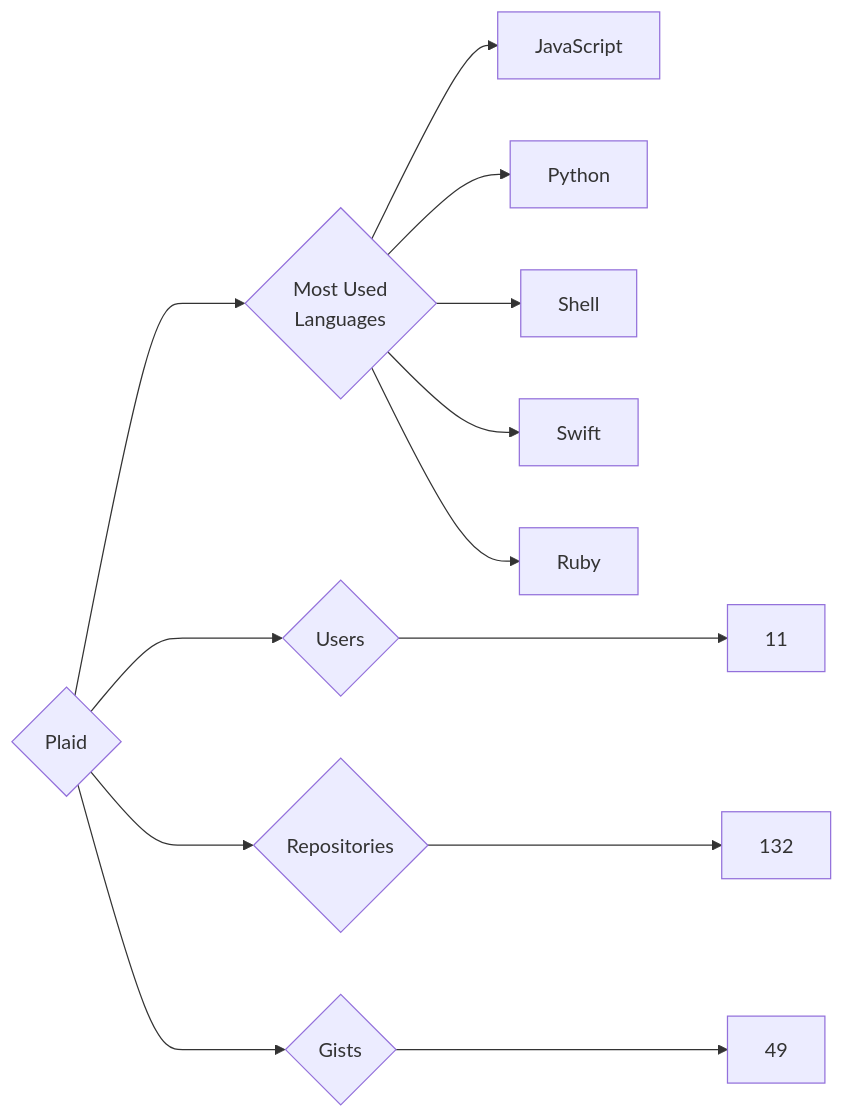
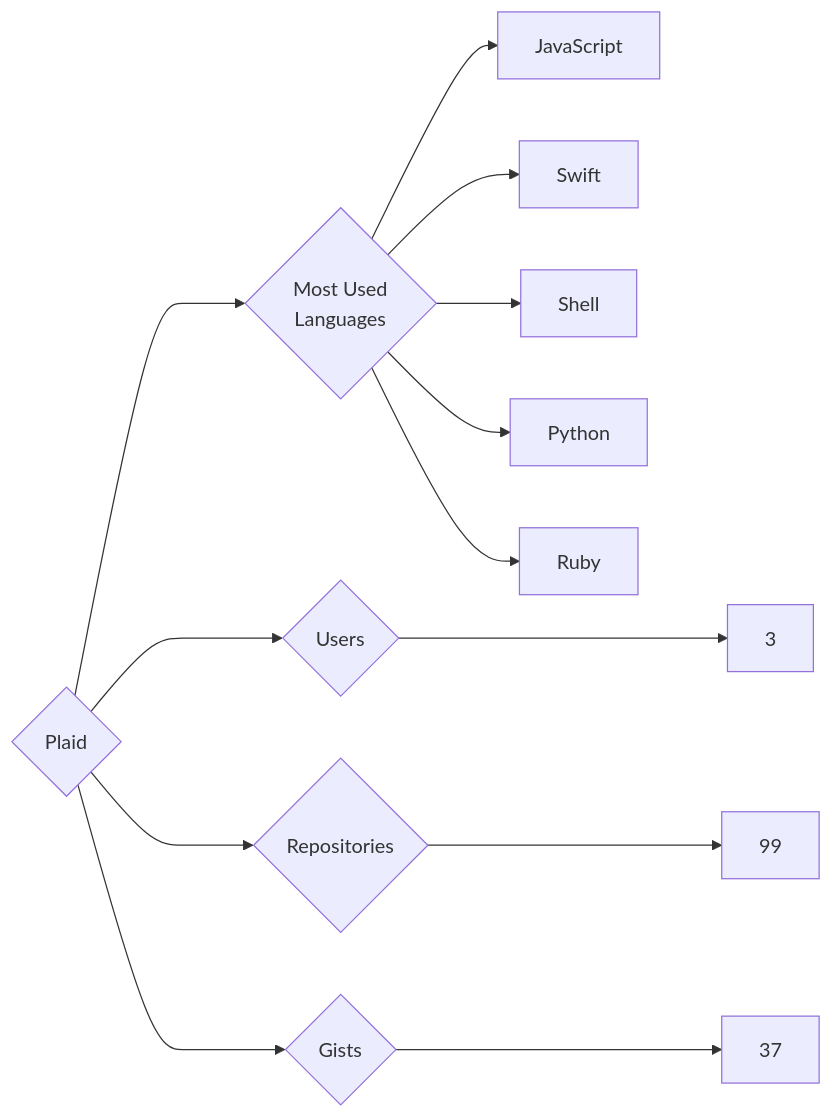
Before and after one commit to trickest/insiders: the diagram in targets/Plaid/README.md, drawn with Mermaid. The commit also changed 797 other files, not shown here.

````diff
--- a/targets/Plaid/README.md
+++ b/targets/Plaid/README.md
@@ -3,13 +3,13 @@
 ```mermaid
 graph LR
 COMPANY_NAME{Plaid}
-COMPANY_NAME ---> U{Users} ---> UN[11]
-COMPANY_NAME ---> R{Repositories} ---> RN[132]
-COMPANY_NAME ---> G{Gists} ---> GN[49]
+COMPANY_NAME ---> U{Users} ---> UN[3]
+COMPANY_NAME ---> R{Repositories} ---> RN[99]
+COMPANY_NAME ---> G{Gists} ---> GN[37]
 COMPANY_NAME ---> ML{Most Used<br>Languages}
 ML --> JavaScript[JavaScript]
+ML --> Swift[Swift]
+ML --> Shell[Shell]
 ML --> Python[Python]
-ML --> Shell[Shell]
-ML --> Swift[Swift]
 ML --> Ruby[Ruby]
 ```
````
